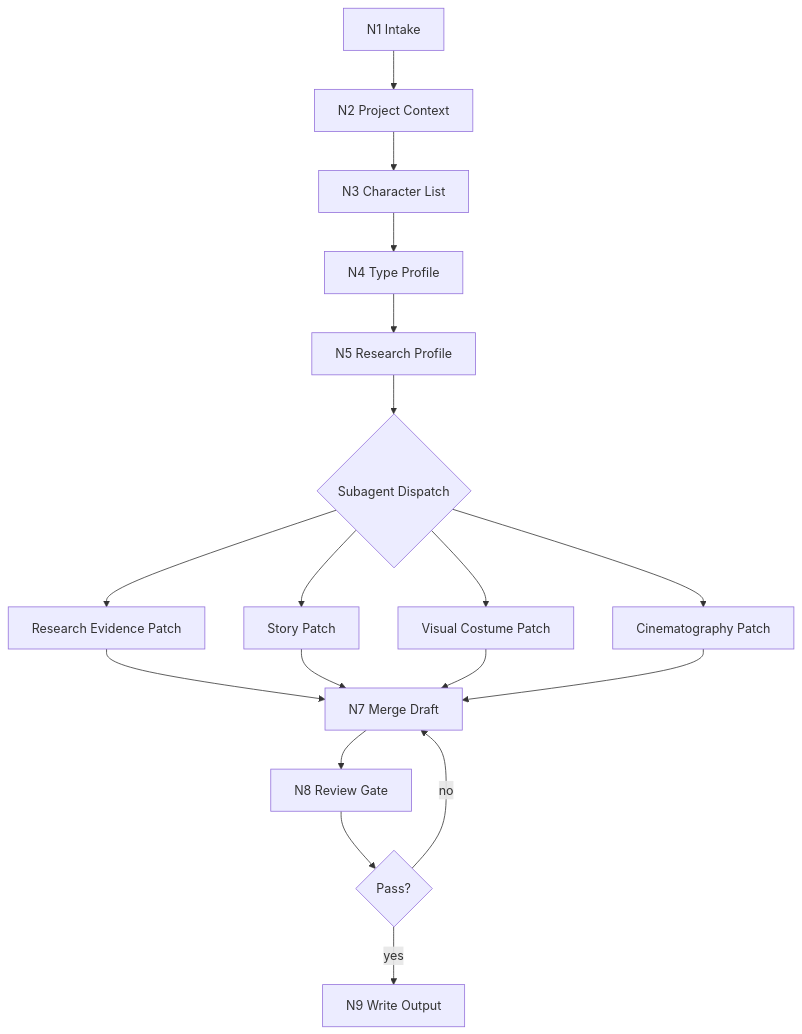
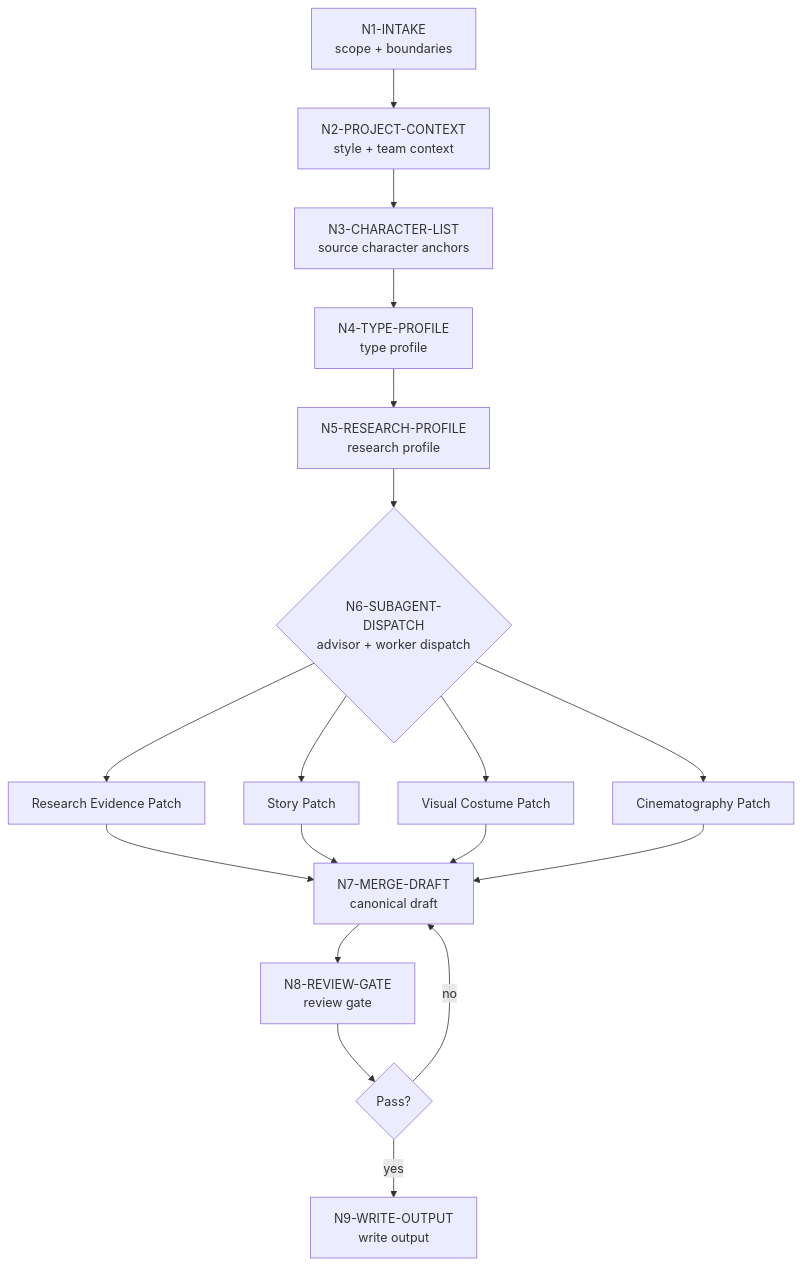
Before and after one commit to ZEN-VOID/AI-CUT: the diagram in .agents/skills/aigc/5-设计/角色/2-设计/steps/character-design-workflow.md, drawn with Mermaid. The commit also changed 41 other files, not shown here.

````diff
--- a/.agents/skills/aigc/5-设计/角色/2-设计/steps/character-design-workflow.md
+++ b/.agents/skills/aigc/5-设计/角色/2-设计/steps/character-design-workflow.md
@@ -9,20 +9,20 @@
 ```mermaid
 flowchart TD
-    A["N1 Intake"] --> B["N2 Project Context"]
-    B --> C["N3 Character List"]
-    C --> D["N4 Type Profile"]
-    D --> R["N5 Research Profile"]
-    R --> E{"Subagent Dispatch"}
+    A["N1-INTAKE<br/>scope + boundaries"] --> B["N2-PROJECT-CONTEXT<br/>style + team context"]
+    B --> C["N3-CHARACTER-LIST<br/>source character anchors"]
+    C --> D["N4-TYPE-PROFILE<br/>type profile"]
+    D --> R["N5-RESEARCH-PROFILE<br/>research profile"]
+    R --> E{"N6-SUBAGENT-DISPATCH<br/>advisor + worker dispatch"}
     E --> F["Research Evidence Patch"]
     E --> G["Story Patch"]
     E --> H["Visual Costume Patch"]
     E --> I["Cinematography Patch"]
-    F --> J["N7 Merge Draft"]
+    F --> J["N7-MERGE-DRAFT<br/>canonical draft"]
     G --> J
     H --> J
     I --> J
-    J --> K["N8 Review Gate"]
+    J --> K["N8-REVIEW-GATE<br/>review gate"]
     K --> L{"Pass?"}
-    L -->|"yes"| M["N9 Write Output"]
+    L -->|"yes"| M["N9-WRITE-OUTPUT<br/>write output"]
     L -->|"no"| J
 ```
````
